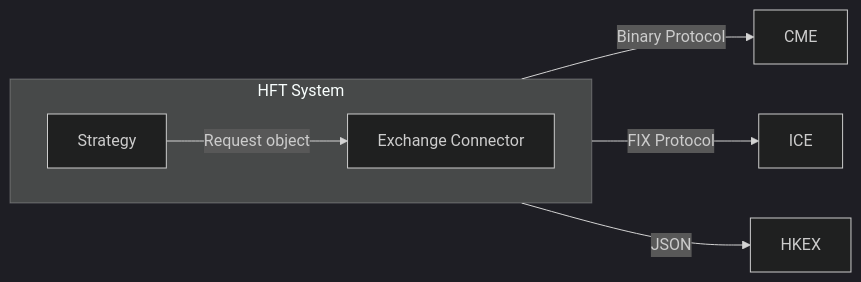
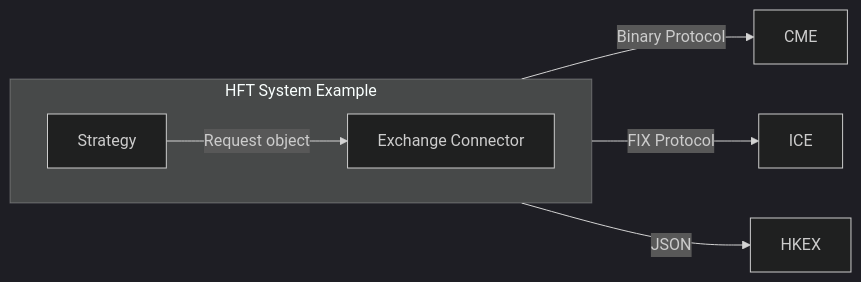
The third of 12 diagrams in 01-introduction/README.md (papannnn/Trading-Engine-Simulator), drawn with Mermaid (dark theme) before and after one commit. The commit also changed other lines of this file, not shown here.

````diff
--- a/01-introduction/README.md
+++ b/01-introduction/README.md
@@ -84,11 +80,11 @@
 ```mermaid
 flowchart LR
-    subgraph HFT["HFT System"]
+    subgraph HFT["HFT System Example"]
         direction LR
         Strategy -- "Request object" --> EC[Exchange Connector]
     end
 
     EC -- "Binary Protocol" --> CME
     EC -- "FIX Protocol" --> ICE
     EC -- "JSON" --> HKEX
 ```
````
